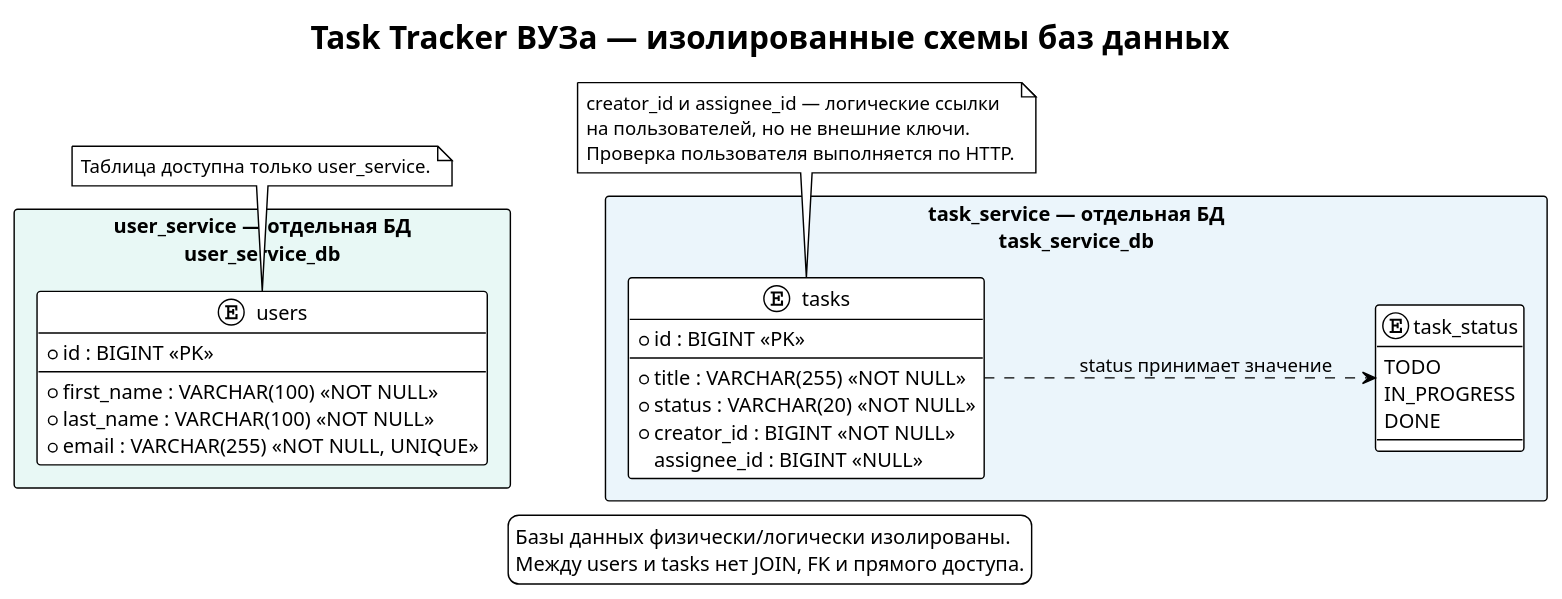
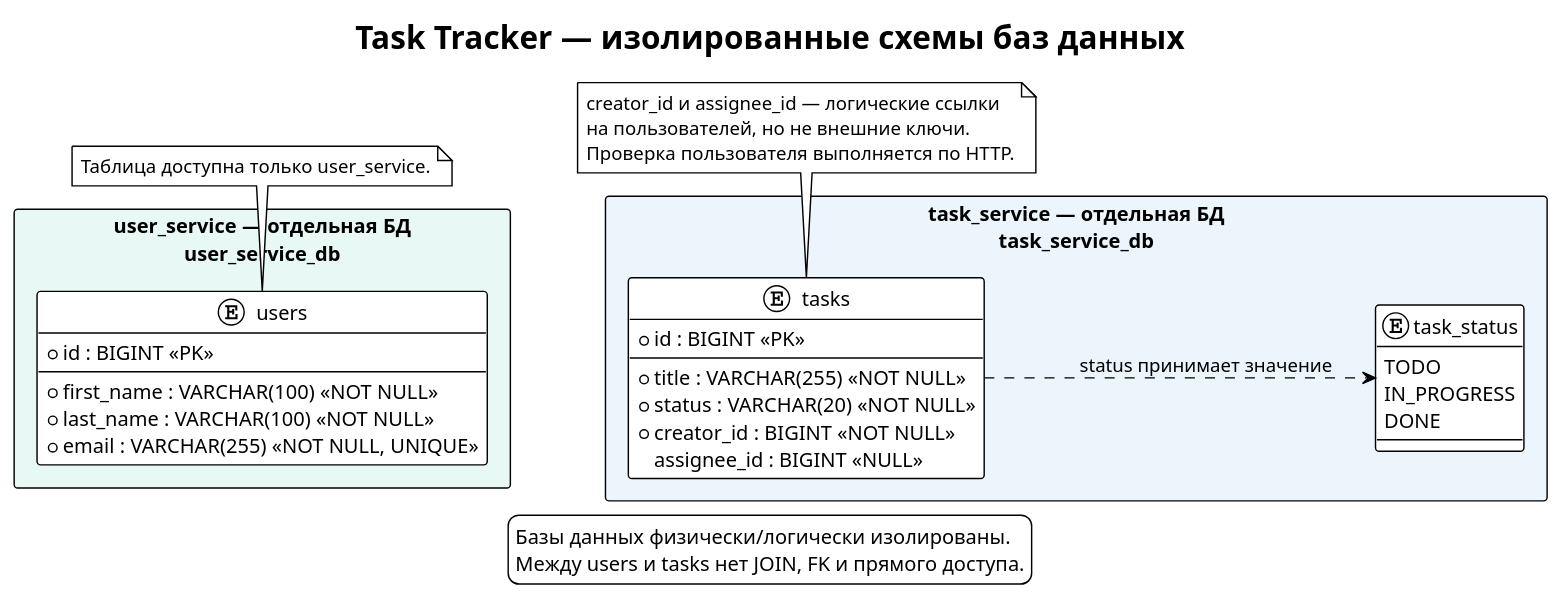
The diagram in docs/er-diagram.puml (sendmeyoursm1le/task-tracker-monorepo), drawn with PlantUML before and after one commit. The commit also changed 2 other files, not shown here.

Commit message:
Align diagrams with generic Task Tracker domain

```diff
--- a/docs/er-diagram.puml
+++ b/docs/er-diagram.puml
@@ -1,61 +1,61 @@
 @startuml
 !theme plain
 
-title Task Tracker ВУЗа — изолированные схемы баз данных
+title Task Tracker — изолированные схемы баз данных
 left to right direction
 
 skinparam shadowing false
 skinparam packageStyle rectangle
 skinparam entity {
   BackgroundColor #FFFFFF
   BorderColor #455A64
   ArrowColor #607D8B
 }
 
 package "user_service — отдельная БД\nuser_service_db" #E8F8F5 {
   entity "users" as users {
     * id : BIGINT <<PK>>
     --
     * first_name : VARCHAR(100) <<NOT NULL>>
     * last_name : VARCHAR(100) <<NOT NULL>>
     * email : VARCHAR(255) <<NOT NULL, UNIQUE>>
   }
 }
 
 package "task_service — отдельная БД\ntask_service_db" #EBF5FB {
   entity "tasks" as tasks {
     * id : BIGINT <<PK>>
     --
     * title : VARCHAR(255) <<NOT NULL>>
     * status : VARCHAR(20) <<NOT NULL>>
     * creator_id : BIGINT <<NOT NULL>>
     assignee_id : BIGINT <<NULL>>
   }
 
   enum "task_status" as task_status {
     TODO
     IN_PROGRESS
     DONE
   }
 
   tasks ..> task_status : status принимает значение
 }
 
 note bottom of users
   Таблица доступна только user_service.
 end note
 
 note bottom of tasks
   creator_id и assignee_id — логические ссылки
   на пользователей, но не внешние ключи.
   Проверка пользователя выполняется по HTTP.
 end note
 
 users -[hidden]-> tasks
 
 legend bottom
   Базы данных физически/логически изолированы.
   Между users и tasks нет JOIN, FK и прямого доступа.
 endlegend
 
 @enduml
```
